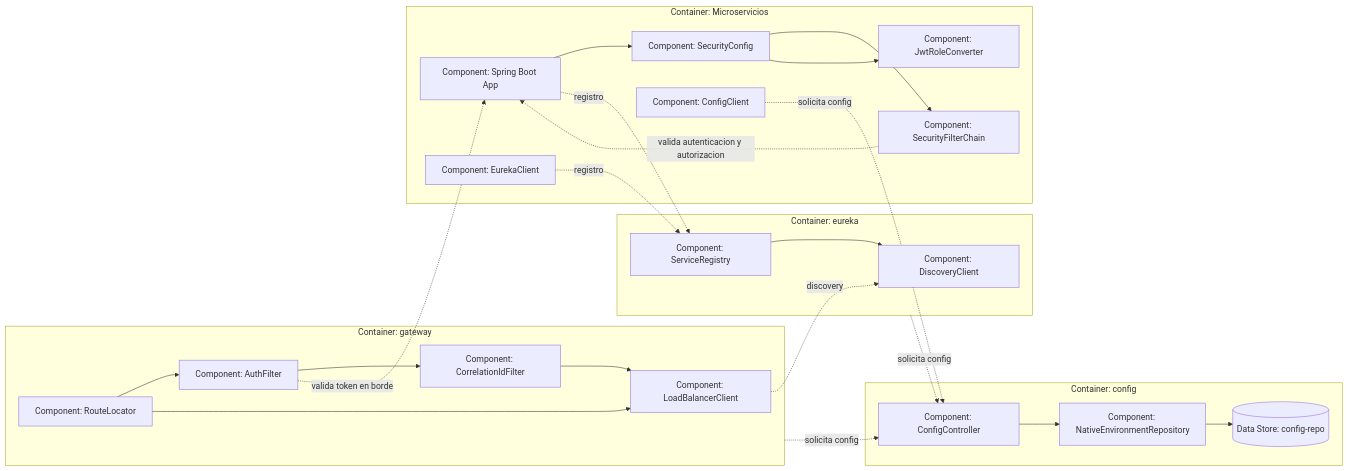
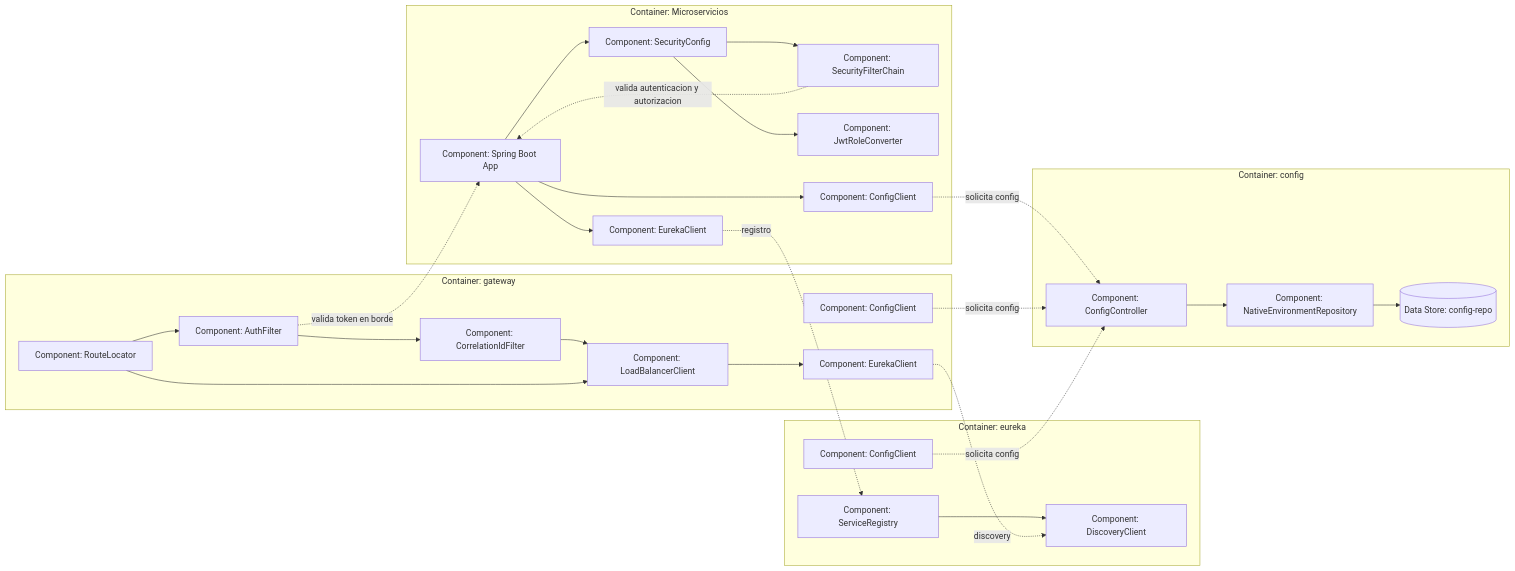
The third of 10 diagrams in README_02_ARQUITECTURA_DETALLADA.md (262dist/pagatu), drawn with Mermaid before and after one commit. The commit also changed other lines of this file, not shown here.

````diff
--- a/README_02_ARQUITECTURA_DETALLADA.md
+++ b/README_02_ARQUITECTURA_DETALLADA.md
@@ -60,52 +60,57 @@
 ```mermaid
 flowchart LR
     subgraph gateway["Container: gateway"]
         routeLocator["Component: RouteLocator"]
         authFilter["Component: AuthFilter"]
         traceFilter["Component: CorrelationIdFilter"]
         lbClient["Component: LoadBalancerClient"]
+        gatewayDiscoveryClient["Component: EurekaClient"]
+        gatewayConfigClient["Component: ConfigClient"]
 
         routeLocator --> authFilter
         authFilter --> traceFilter
         traceFilter --> lbClient
+        lbClient --> gatewayDiscoveryClient
     end
 
     subgraph eureka["Container: eureka"]
         registry["Component: ServiceRegistry"]
         discovery["Component: DiscoveryClient"]
+        eurekaConfigClient["Component: ConfigClient"]
 
         registry --> discovery
     end
 
     subgraph config["Container: config"]
         configController["Component: ConfigController"]
         nativeRepo["Component: NativeEnvironmentRepository"]
         configRepo[(Data Store: config-repo)]
 
         configController --> nativeRepo
         nativeRepo --> configRepo
     end
 
     subgraph ms["Container: Microservicios"]
         serviceApp["Component: Spring Boot App"]
         securityConfig["Component: SecurityConfig"]
         securityChain["Component: SecurityFilterChain"]
         roleConverter["Component: JwtRoleConverter"]
         eurekaClient["Component: EurekaClient"]
         configClient["Component: ConfigClient"]
 
         serviceApp --> securityConfig
+        serviceApp --> eurekaClient
+        serviceApp --> configClient
         securityConfig --> securityChain
         securityConfig --> roleConverter
     end
 
     routeLocator --> lbClient
-    lbClient -. discovery .-> discovery
+    gatewayDiscoveryClient -. discovery .-> discovery
     authFilter -. valida token en borde .-> serviceApp
     securityChain -. valida autenticacion y autorizacion .-> serviceApp
-    serviceApp -. registro .-> registry
     configClient -. solicita config .-> configController
     eurekaClient -. registro .-> registry
-    gateway -. solicita config .-> configController
-    eureka -. solicita config .-> configController
+    gatewayConfigClient -. solicita config .-> configController
+    eurekaConfigClient -. solicita config .-> configController
 ```
````
